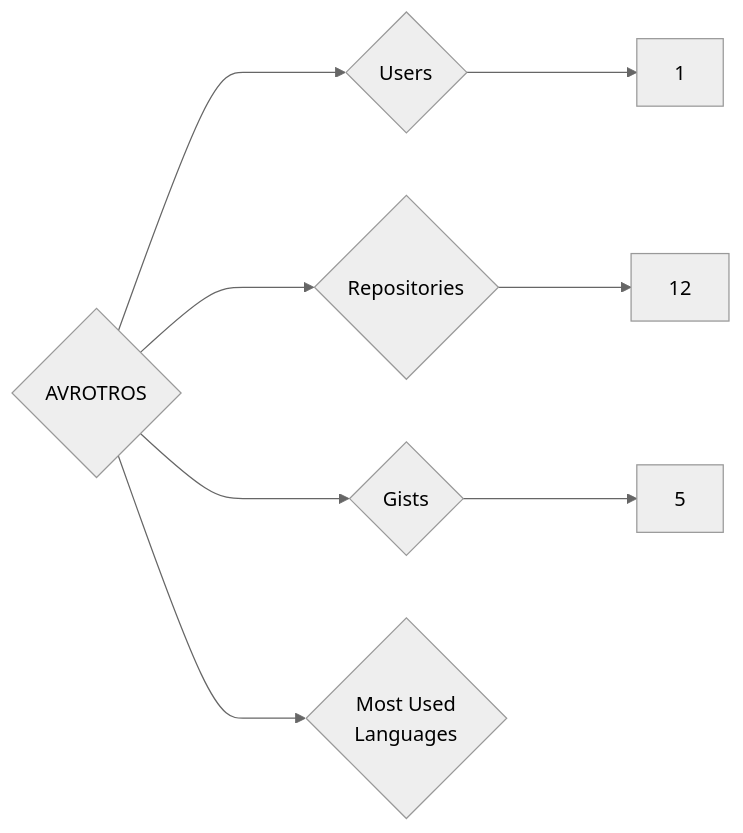
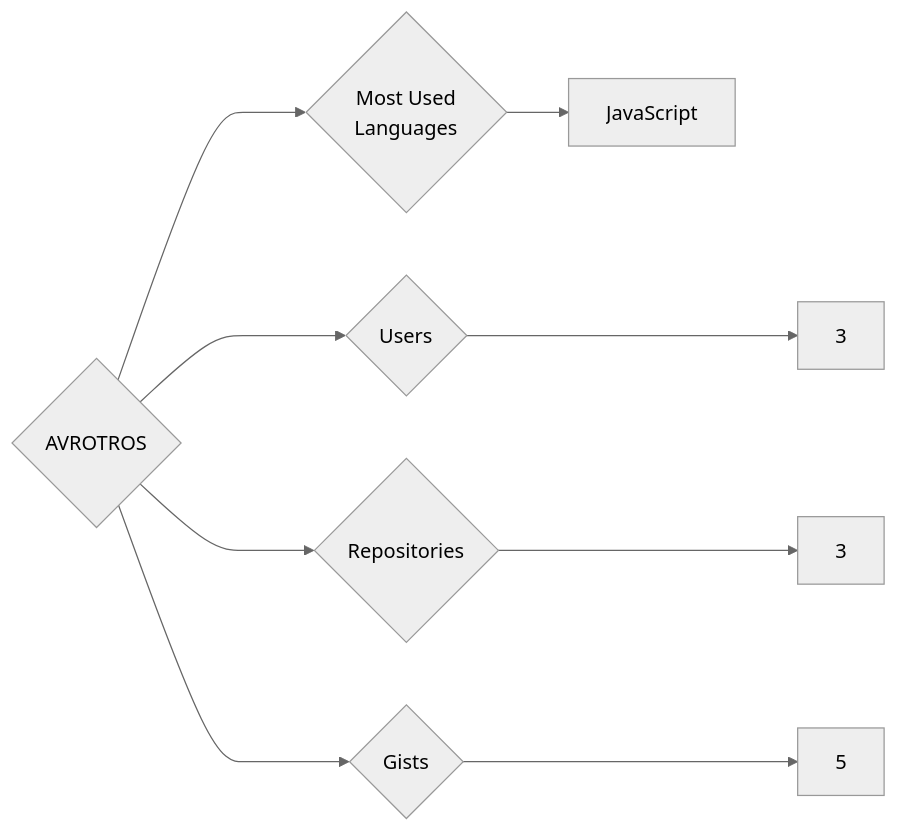
The diagram in targets/AVROTROS/README.md (trickest/insiders), drawn with Mermaid (neutral theme) before and after one commit. The commit also changed 925 other files, not shown here.

````diff
--- a/targets/AVROTROS/README.md
+++ b/targets/AVROTROS/README.md
@@ -3,8 +3,9 @@
 ```mermaid
 graph LR
 COMPANY_NAME{AVROTROS}
-COMPANY_NAME ---> U{Users} ---> UN[1]
-COMPANY_NAME ---> R{Repositories} ---> RN[12]
+COMPANY_NAME ---> U{Users} ---> UN[3]
+COMPANY_NAME ---> R{Repositories} ---> RN[3]
 COMPANY_NAME ---> G{Gists} ---> GN[5]
 COMPANY_NAME ---> ML{Most Used<br>Languages}
+ML --> JavaScript[JavaScript]
 ```
````
